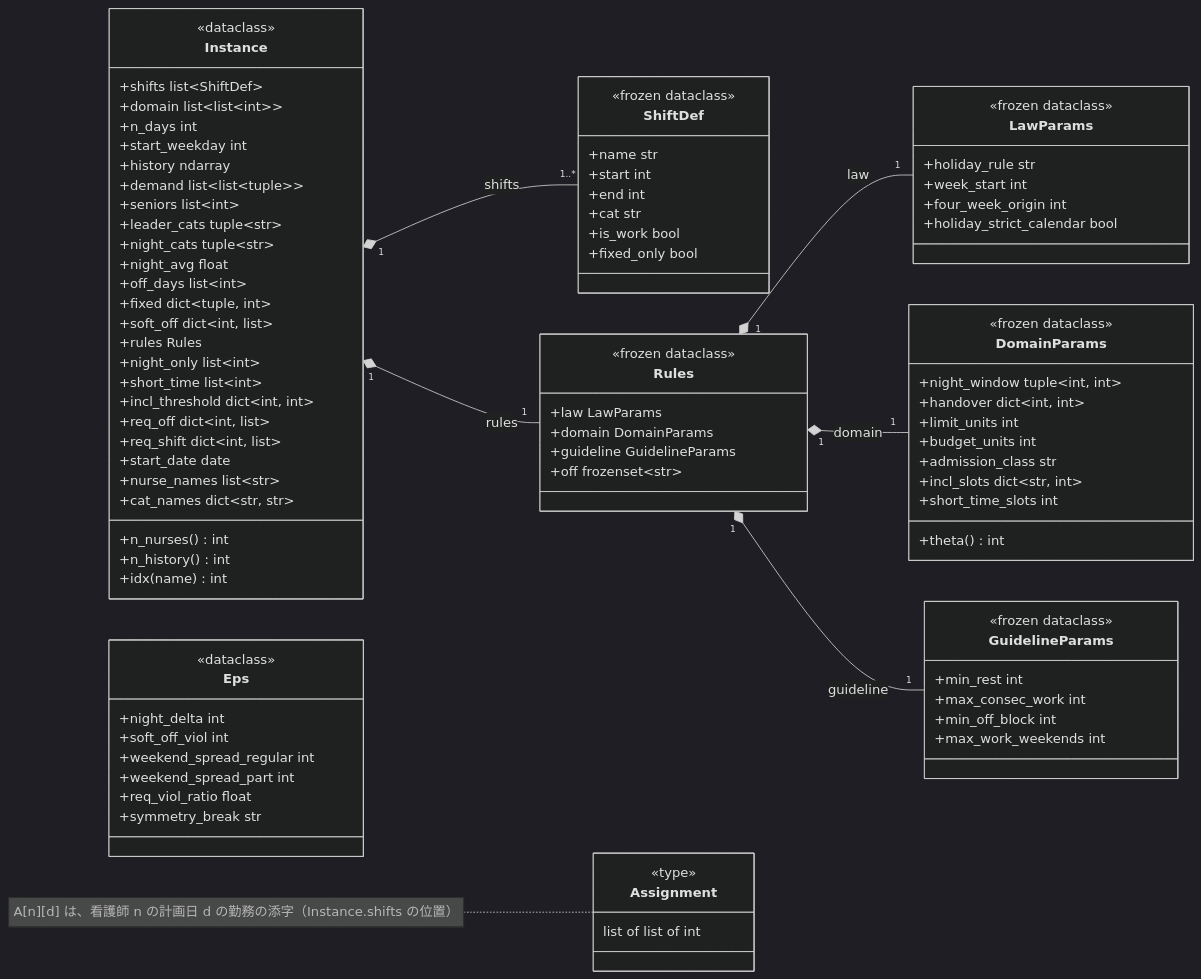
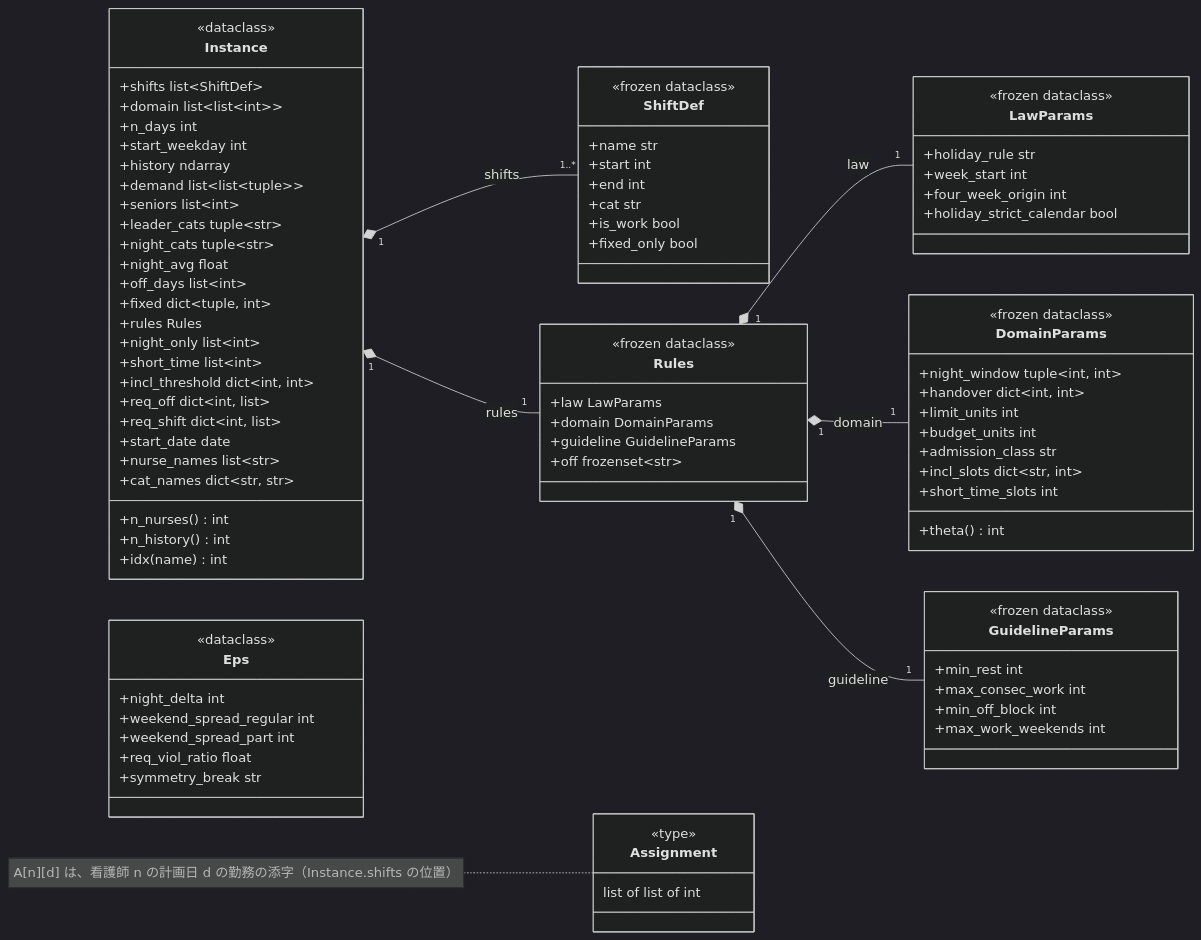
Before and after one commit to Axtsukun/nurse-scheduling: the second of 5 diagrams in docs/design/class-diagram.md, drawn with Mermaid (dark theme). The commit also changed other lines of this file and 11 other files, not shown here.

First line of the commit message:
refactor: 希望休（soft_off）を休み要望（req_off）に統合し、要望の許容を割合に一本化

```diff
--- a/docs/design/class-diagram.md
+++ b/docs/design/class-diagram.md
@@ -124,7 +124,6 @@
         +night_avg float
         +off_days list~int~
         +fixed dict~tuple, int~
-        +soft_off dict~int, list~
         +rules Rules
         +night_only list~int~
         +short_time list~int~
@@ -182,7 +181,6 @@
     class Eps {
         <<dataclass>>
         +night_delta int
-        +soft_off_viol int
         +weekend_spread_regular int
         +weekend_spread_part int
         +req_viol_ratio float
```
